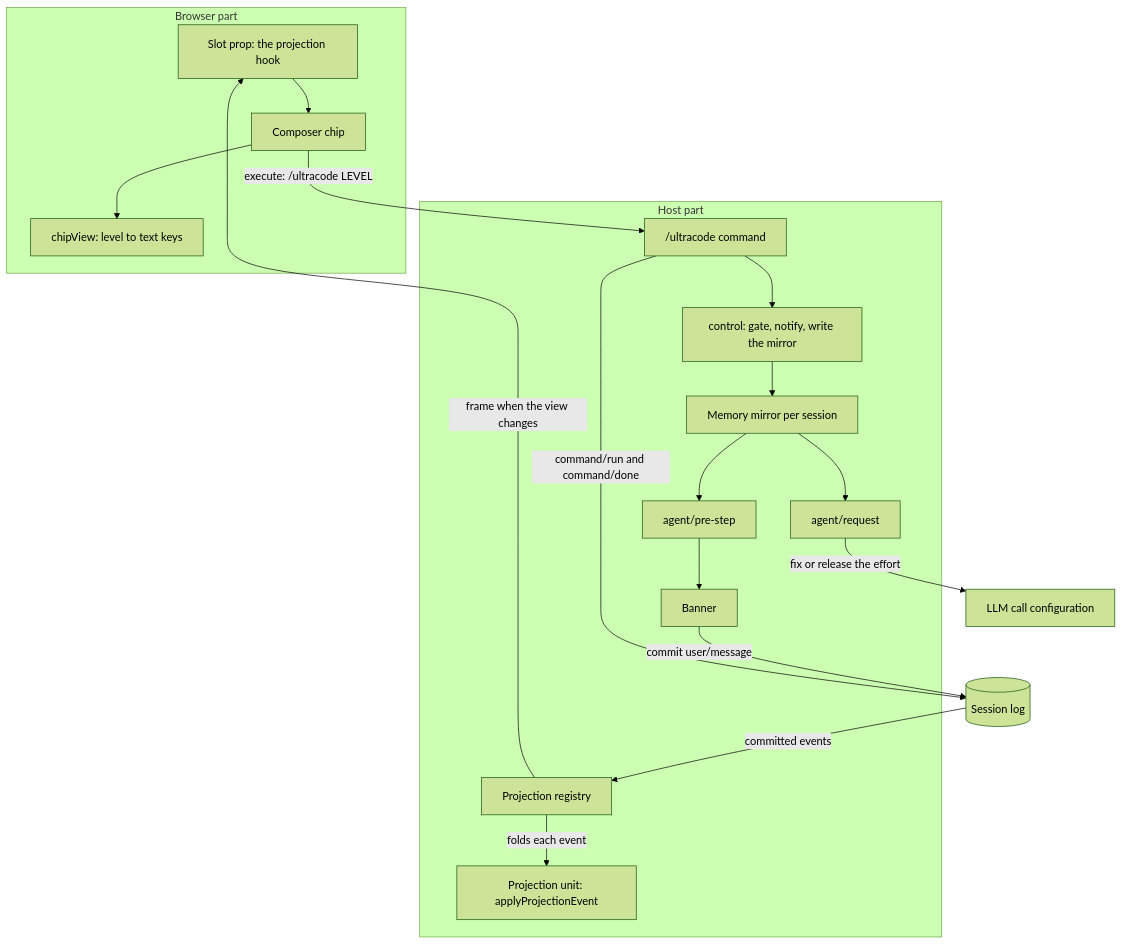
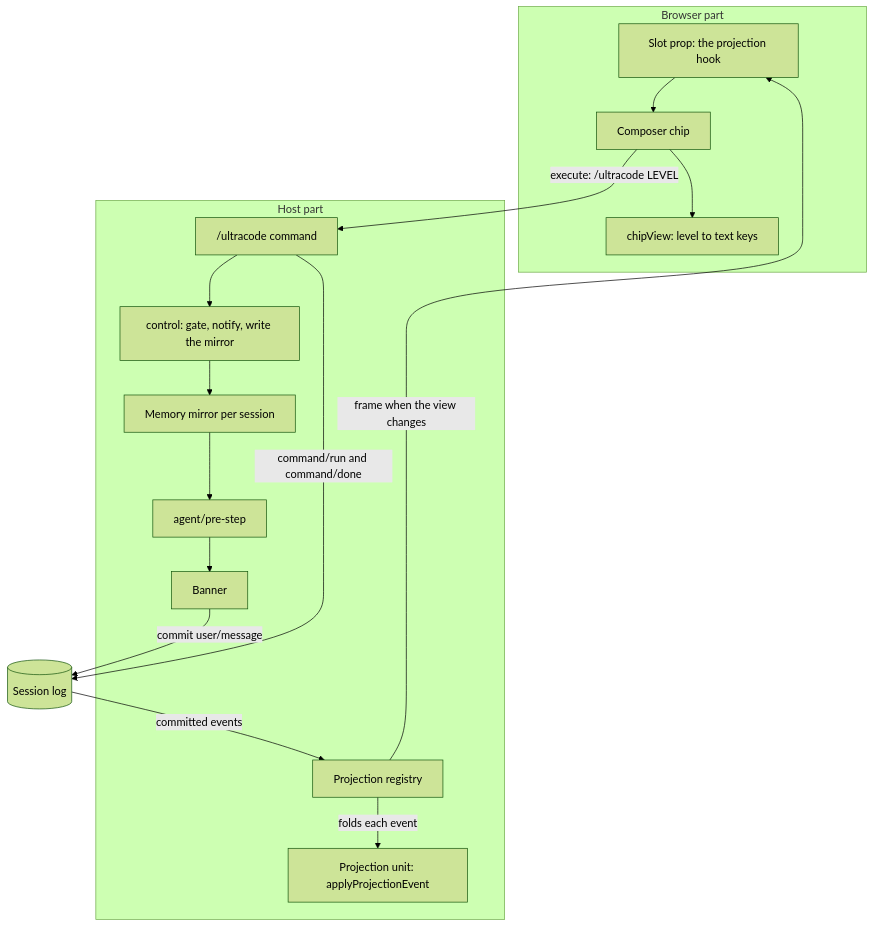
One commit to Dessera/dsh-ultracode changed the diagram in docs/architecture.md. Above: the diagram before and after it, drawn with Mermaid (forest theme). The commit also changed other lines of this file and 16 other files, not shown here.

````diff
--- a/docs/architecture.md
+++ b/docs/architecture.md
@@ -262,37 +223,33 @@
 ```mermaid
 flowchart TB
     subgraph browser[Browser part]
         seat["Slot prop: the projection hook"]
         chip[Composer chip]
         view["chipView: level to text keys"]
         seat --> chip
         chip --> view
     end
 
     subgraph host[Host part]
         command["/ultracode command"]
         control["control: gate, notify, write the mirror"]
         mirror["Memory mirror per session"]
         prestep["agent/pre-step"]
-        request["agent/request"]
         banner["Banner"]
         registry["Projection registry"]
         unit["Projection unit: applyProjectionEvent"]
     end
 
     log[(Session log)]
-    llmCall[LLM call configuration]
 
     chip -- "execute: /ultracode LEVEL" --> command
     command --> control
     control --> mirror
     mirror --> prestep
-    mirror --> request
     prestep --> banner
     banner -- "commit user/message" --> log
     command -- "command/run and command/done" --> log
     log -- "committed events" --> registry
     registry -- "folds each event" --> unit
     registry -- "frame when the view changes" --> seat
-    request -- "fix or release the effort" --> llmCall
 ```
````
